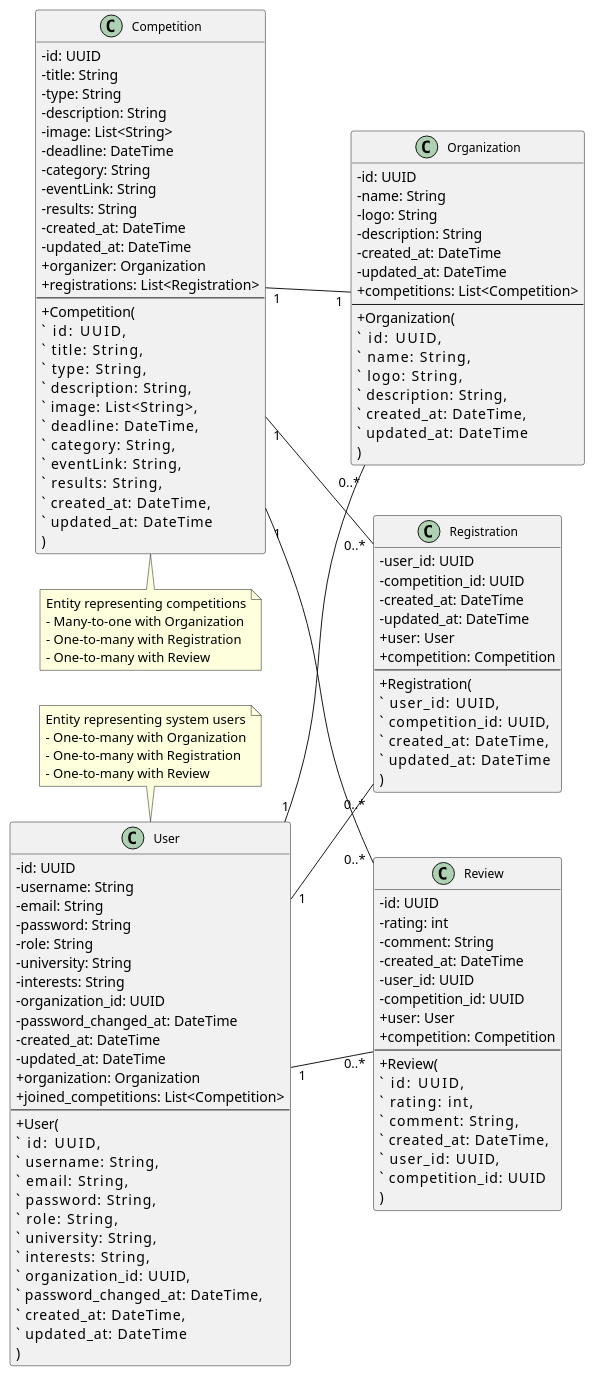
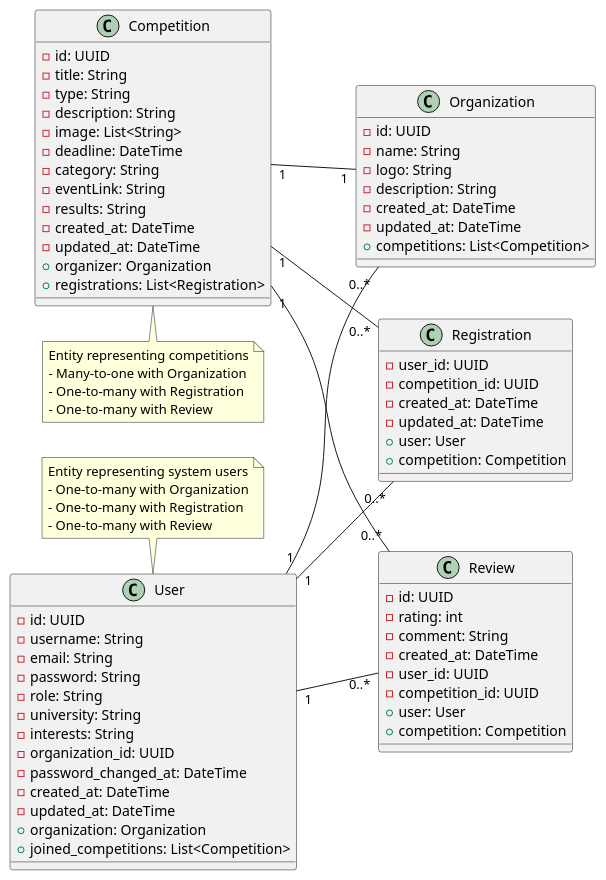
One commit to YukLomba/BE-YukLomba changed the diagram in docs/entity_diagram.puml. Above: the diagram before and after it, drawn with PlantUML. The commit also changed 15 other files, not shown here.

Commit message:
add diagram

```diff
--- a/docs/entity_diagram.puml
+++ b/docs/entity_diagram.puml
@@ -1,148 +1,93 @@
 @startuml
-skinparam classFontSize 12
-skinparam classAttributeIconSize 0
 left to right direction
 
 ' ********** USER ENTITY **********
 class User {
   - id: UUID
   - username: String
   - email: String
   - password: String
   - role: String
   - university: String
   - interests: String
   - organization_id: UUID
   - password_changed_at: DateTime
   - created_at: DateTime
   - updated_at: DateTime
   + organization: Organization
   + joined_competitions: List<Competition>
-  --
-  + User(
-`      id: UUID,
-`      username: String,
-`      email: String,
-`      password: String,
-`      role: String,
-`      university: String,
-`      interests: String,
-`      organization_id: UUID,
-`      password_changed_at: DateTime,
-`      created_at: DateTime,
-`      updated_at: DateTime
-    )
 }
 
 ' ********** COMPETITION ENTITY **********
 class Competition {
   - id: UUID
   - title: String
   - type: String
   - description: String
   - image: List<String>
   - deadline: DateTime
   - category: String
   - eventLink: String
   - results: String
   - created_at: DateTime
   - updated_at: DateTime
   + organizer: Organization
   + registrations: List<Registration>
-  --
-  + Competition(
-`      id: UUID,
-`      title: String,
-`      type: String,
-`      description: String,
-`      image: List<String>,
-`      deadline: DateTime,
-`      category: String,
-`      eventLink: String,
-`      results: String,
-`      created_at: DateTime,
-`      updated_at: DateTime
-    )
 }
 
 ' ********** ORGANIZATION ENTITY **********
 class Organization {
   - id: UUID
   - name: String
   - logo: String
   - description: String
   - created_at: DateTime
   - updated_at: DateTime
   + competitions: List<Competition>
-  --
-  + Organization(
-`      id: UUID,
-`      name: String,
-`      logo: String,
-`      description: String,
-`      created_at: DateTime,
-`      updated_at: DateTime
-    )
 }
 
 ' ********** REGISTRATION ENTITY **********
 class Registration {
   - user_id: UUID
   - competition_id: UUID
   - created_at: DateTime
   - updated_at: DateTime
   + user: User
   + competition: Competition
-  --
-  + Registration(
-`      user_id: UUID,
-`      competition_id: UUID,
-`      created_at: DateTime,
-`      updated_at: DateTime
-    )
 }
 
 ' ********** REVIEW ENTITY **********
 class Review {
   - id: UUID
   - rating: int
   - comment: String
   - created_at: DateTime
   - user_id: UUID
   - competition_id: UUID
   + user: User
   + competition: Competition
-  --
-  + Review(
-`      id: UUID,
-`      rating: int,
-`      comment: String,
-`      created_at: DateTime,
-`      user_id: UUID,
-`      competition_id: UUID
-    )
 }
 
 ' ********** RELATIONSHIPS **********
 User "1" -- "0..*" Registration
 User "1" -- "0..*" Review
 User "1" -- "0..*" Organization
 Competition "1" -- "0..*" Registration
 Competition "1" -- "0..*" Review
 Competition "1" -- "1" Organization
 
 ' ********** NOTES **********
 note top of User
 Entity representing system users
 - One-to-many with Organization
 - One-to-many with Registration
 - One-to-many with Review
 end note
 
 note bottom of Competition
 Entity representing competitions
 - Many-to-one with Organization
 - One-to-many with Registration
 - One-to-many with Review
 end note
 @enduml
```
